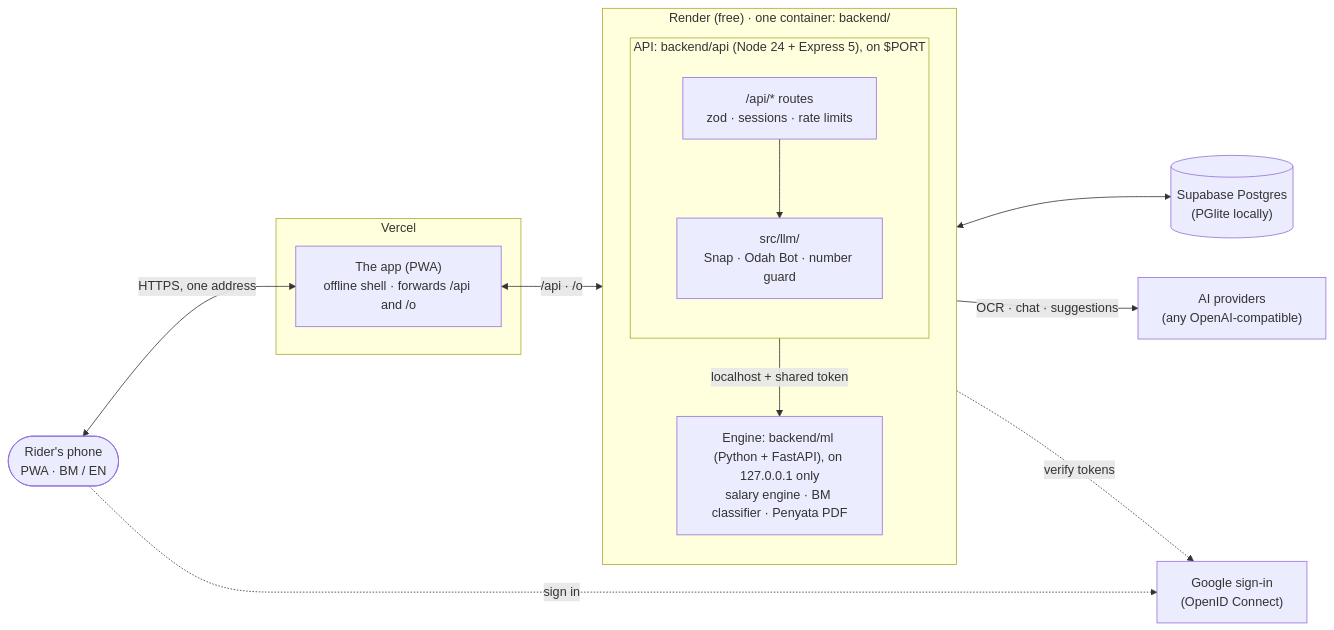
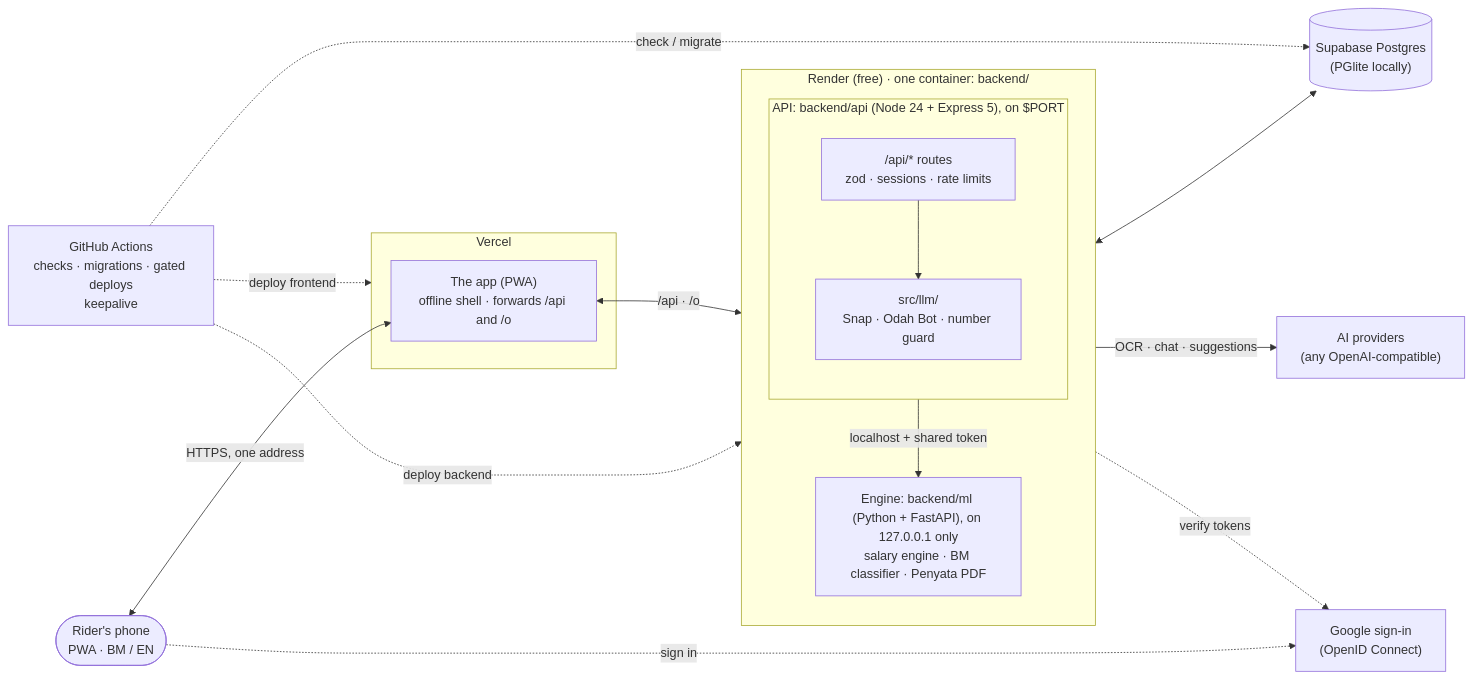
One commit to No0bmazt3r/Coinvoy changed the first of 3 diagrams in README.md. Above: the diagram before and after it, drawn with Mermaid. The commit also changed other lines of this file, not shown here.

Commit message:
docs: update architecture section to include service details and deployment process

````diff
--- a/README.md
+++ b/README.md
@@ -261,32 +268,36 @@
 ```mermaid
 flowchart LR
   rider(["Rider's phone<br/>PWA · BM / EN"])
 
   subgraph vercel["Vercel"]
     pwa["The app (PWA)<br/>offline shell · forwards /api and /o"]
   end
 
   subgraph render["Render (free) · one container: backend/"]
     direction TB
     subgraph web["API: backend/api (Node 24 + Express 5), on $PORT"]
       direction TB
       routes["/api/* routes<br/>zod · sessions · rate limits"]
       llm["src/llm/<br/>Snap · Odah Bot · number guard"]
     end
     ml["Engine: backend/ml (Python + FastAPI), on 127.0.0.1 only<br/>salary engine · BM classifier · Penyata PDF"]
   end
 
   db[("Supabase Postgres<br/>(PGlite locally)")]
 
+  actions["GitHub Actions<br/>checks · migrations · gated deploys<br/>keepalive"]
   google["Google sign-in<br/>(OpenID Connect)"]
   ai["AI providers<br/>(any OpenAI-compatible)"]
 
   rider <-->|HTTPS, one address| pwa
   pwa <-->|/api · /o| routes
   routes <--> db
   routes -->|localhost + shared token| ml
   routes --> llm
   llm -->|OCR · chat · suggestions| ai
   rider -.->|sign in| google
   routes -.->|verify tokens| google
+  actions -.->|deploy frontend| vercel
+  actions -.->|deploy backend| render
+  actions -.->|check / migrate| db
 ```
````
